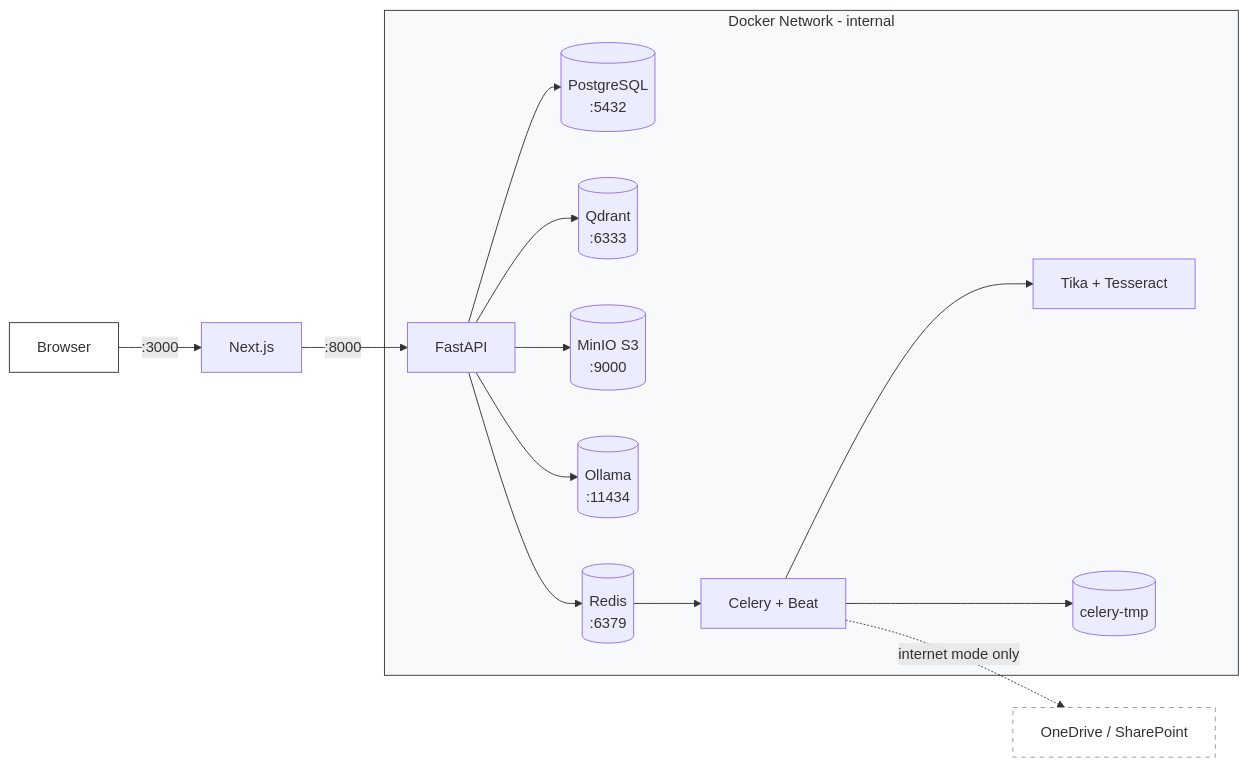
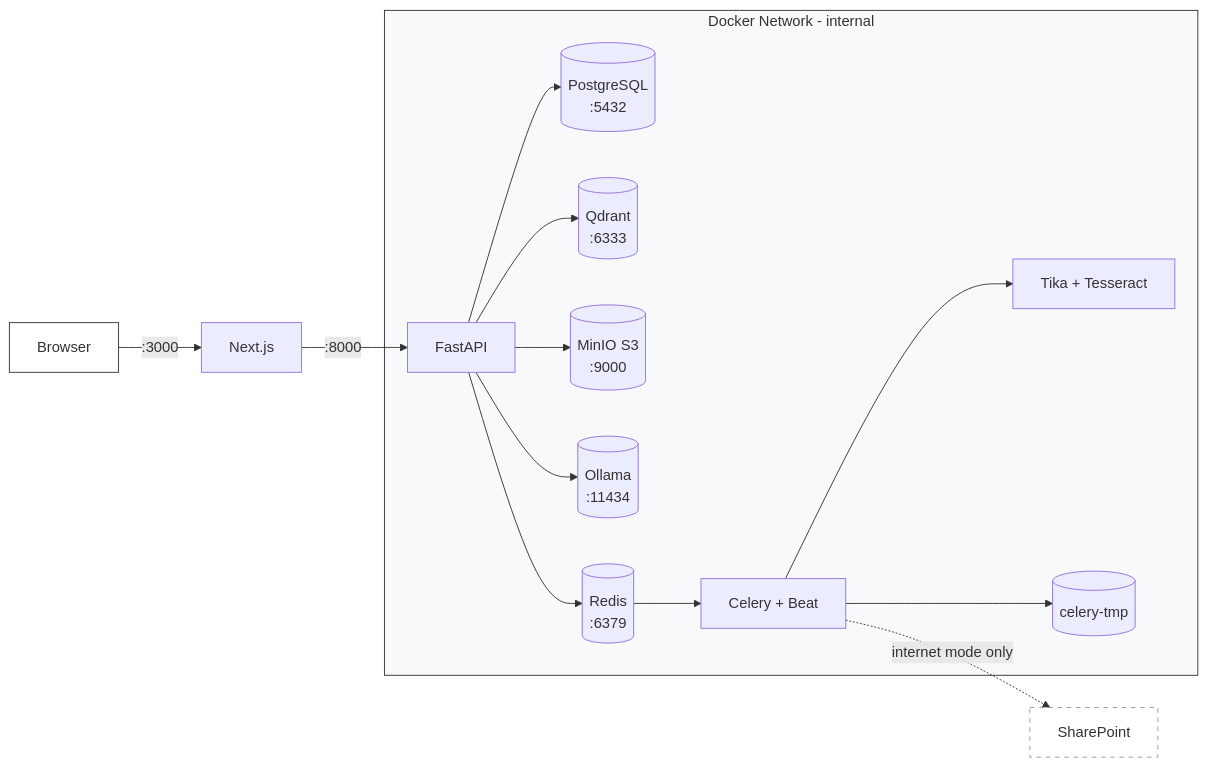
The first of 4 diagrams in docs/ARCHITECTURE.md (njrenaissance/opencase), drawn with Mermaid before and after one commit. The commit also changed other lines of this file and 6 other files, not shown here.

First line of the commit message:
chore: replace OneDrive/SharePoint references with SharePoint

````diff
--- a/docs/ARCHITECTURE.md
+++ b/docs/ARCHITECTURE.md
@@ -15,22 +15,22 @@
 ```mermaid
 graph LR
     Browser -->|:3000| NextJS[Next.js]
     NextJS -->|:8000| FastAPI
 
     subgraph docker[Docker Network - internal]
         FastAPI --> PostgreSQL[("PostgreSQL\n:5432")]
         FastAPI --> Qdrant[("Qdrant\n:6333")]
         FastAPI --> MinIO[("MinIO S3\n:9000")]
         FastAPI --> Ollama[("Ollama\n:11434")]
         FastAPI --> Redis[("Redis\n:6379")]
         Redis --> Celery[Celery + Beat]
         Celery --> Tika[Tika + Tesseract]
         Celery --> TmpVol[(celery-tmp)]
     end
 
-    Celery -.->|internet mode only| OneDrive[OneDrive / SharePoint]
+    Celery -.->|internet mode only| SharePoint[SharePoint]
 
     style docker fill:#f8f9fa,stroke:#333
     style Browser fill:#fff,stroke:#333
-    style OneDrive fill:#fff,stroke:#999,stroke-dasharray: 5 5
+    style SharePoint fill:#fff,stroke:#999,stroke-dasharray: 5 5
 ```
````
